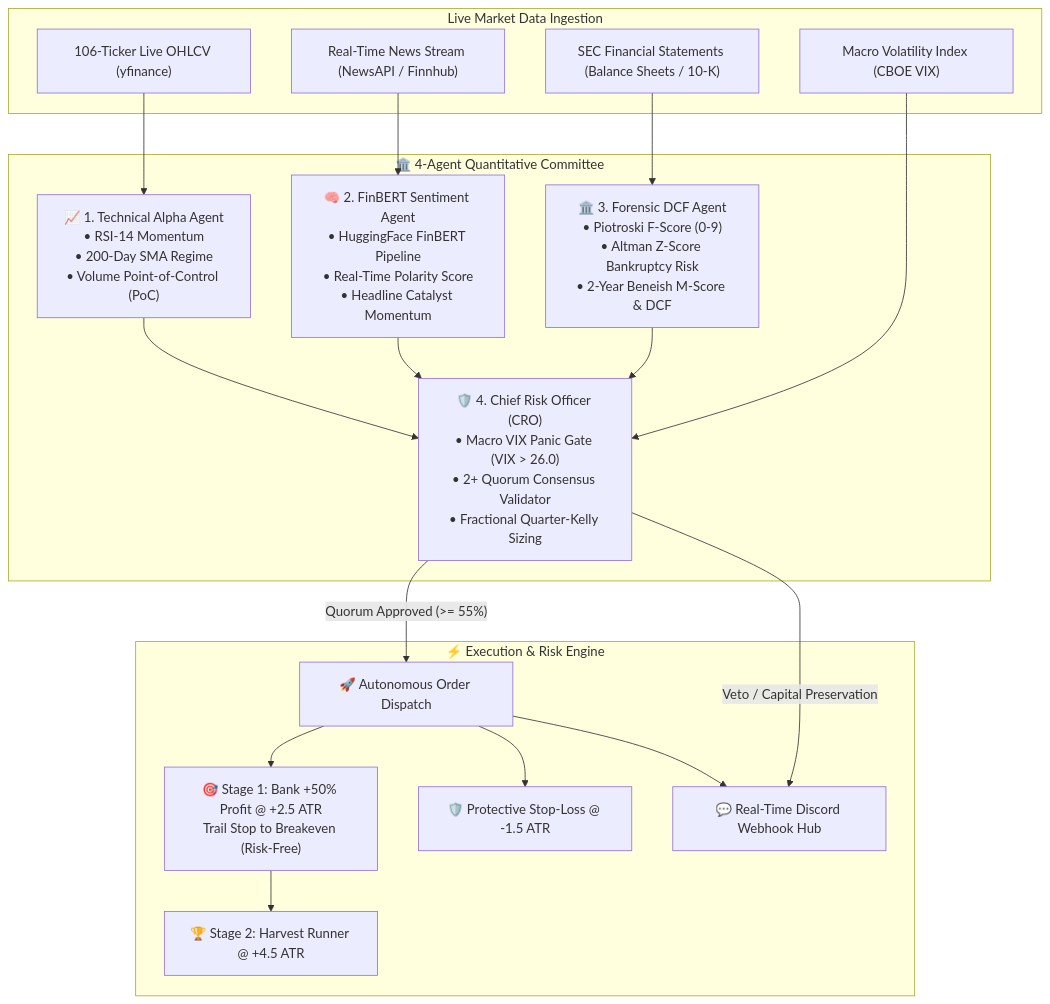
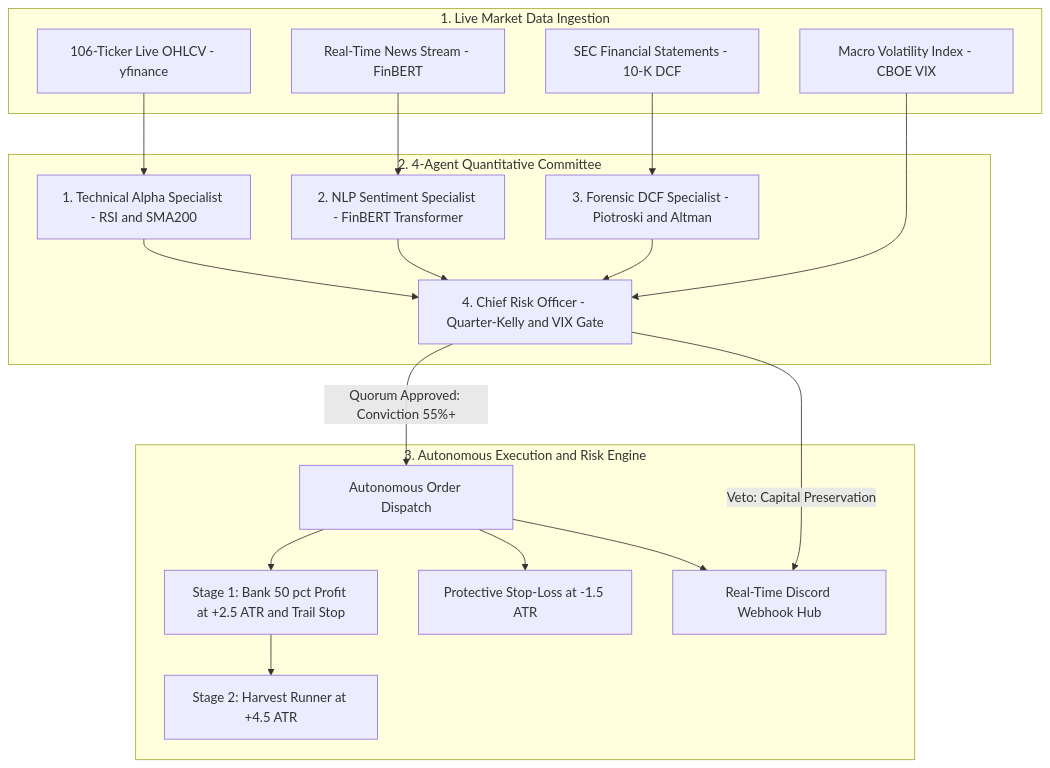
One commit to yash6810/Sentilyze changed the diagram in README.md. Above: the diagram before and after it, drawn with Mermaid.

Commit message:
docs: streamline Mermaid diagram syntax to graph TD for universal rendering

````diff
--- a/README.md
+++ b/README.md
@@ -36,41 +36,41 @@
 ```mermaid
-flowchart TD
-    subgraph S["Live Market Data Ingestion"]
-        OHLCV["106-Ticker Live OHLCV (yfinance)"]
-        NEWS["Real-Time News Stream (NewsAPI / Finnhub)"]
-        SEC["SEC Financial Statements (Balance Sheets / 10-K)"]
-        VIX["Macro Volatility Index (CBOE VIX)"]
+graph TD
+    subgraph Data_Ingestion [1. Live Market Data Ingestion]
+        OHLCV[106-Ticker Live OHLCV - yfinance]
+        NEWS[Real-Time News Stream - FinBERT]
+        SEC[SEC Financial Statements - 10-K DCF]
+        VIX[Macro Volatility Index - CBOE VIX]
     end
 
-    subgraph C["🏛️ 4-Agent Quantitative Committee"]
-        A1["📈 1. Technical Alpha Agent<br/>• RSI-14 Momentum<br/>• 200-Day SMA Regime<br/>• Volume Point-of-Control (PoC)"]
-        A2["🧠 2. FinBERT Sentiment Agent<br/>• HuggingFace FinBERT Pipeline<br/>• Real-Time Polarity Score<br/>• Headline Catalyst Momentum"]
-        A3["🏛️ 3. Forensic DCF Agent<br/>• Piotroski F-Score (0-9)<br/>• Altman Z-Score Bankruptcy Risk<br/>• 2-Year Beneish M-Score & DCF"]
-        A4["🛡️ 4. Chief Risk Officer (CRO)<br/>• Macro VIX Panic Gate (VIX &gt; 26.0)<br/>• 2+ Quorum Consensus Validator<br/>• Fractional Quarter-Kelly Sizing"]
+    subgraph Council [2. 4-Agent Quantitative Committee]
+        A1[1. Technical Alpha Specialist - RSI and SMA200]
+        A2[2. NLP Sentiment Specialist - FinBERT Transformer]
+        A3[3. Forensic DCF Specialist - Piotroski and Altman]
+        A4[4. Chief Risk Officer - Quarter-Kelly and VIX Gate]
     end
 
-    subgraph E["⚡ Execution & Risk Engine"]
-        ORD["🚀 Autonomous Order Dispatch"]
-        TP1["🎯 Stage 1: Bank +50% Profit @ +2.5 ATR<br/>Trail Stop to Breakeven (Risk-Free)"]
-        TP2["🏆 Stage 2: Harvest Runner @ +4.5 ATR"]
-        SL["🛡️ Protective Stop-Loss @ -1.5 ATR"]
-        DISCORD["💬 Real-Time Discord Webhook Hub"]
+    subgraph Execution [3. Autonomous Execution and Risk Engine]
+        ORD[Autonomous Order Dispatch]
+        TP1[Stage 1: Bank 50 pct Profit at +2.5 ATR and Trail Stop]
+        TP2[Stage 2: Harvest Runner at +4.5 ATR]
+        SL[Protective Stop-Loss at -1.5 ATR]
+        DISCORD[Real-Time Discord Webhook Hub]
     end
 
     OHLCV --> A1
     NEWS --> A2
     SEC --> A3
     VIX --> A4
 
     A1 --> A4
     A2 --> A4
     A3 --> A4
 
-    A4 -->|"Quorum Approved (&gt;= 55%)"| ORD
-    A4 -->|"Veto / Capital Preservation"| DISCORD
+    A4 -->|Quorum Approved: Conviction 55%+| ORD
+    A4 -->|Veto: Capital Preservation| DISCORD
 
     ORD --> TP1
     TP1 --> TP2
     ORD --> SL
     ORD --> DISCORD
 ```
````
